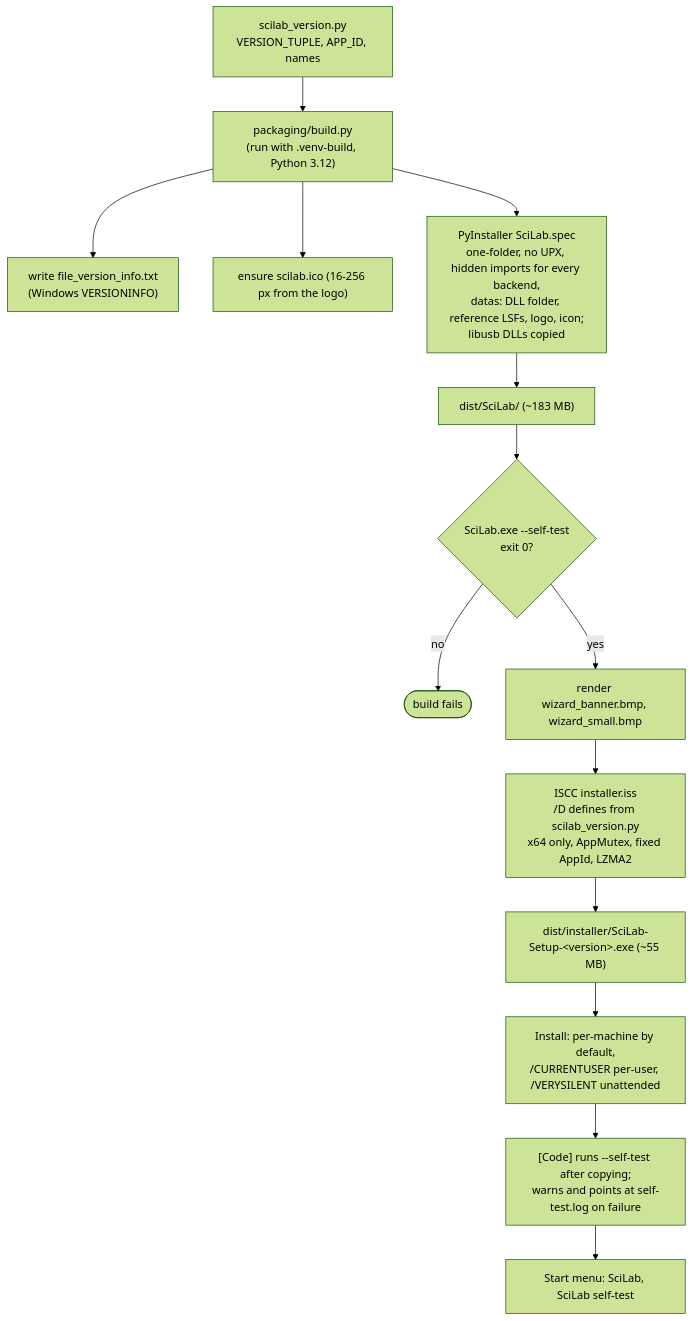
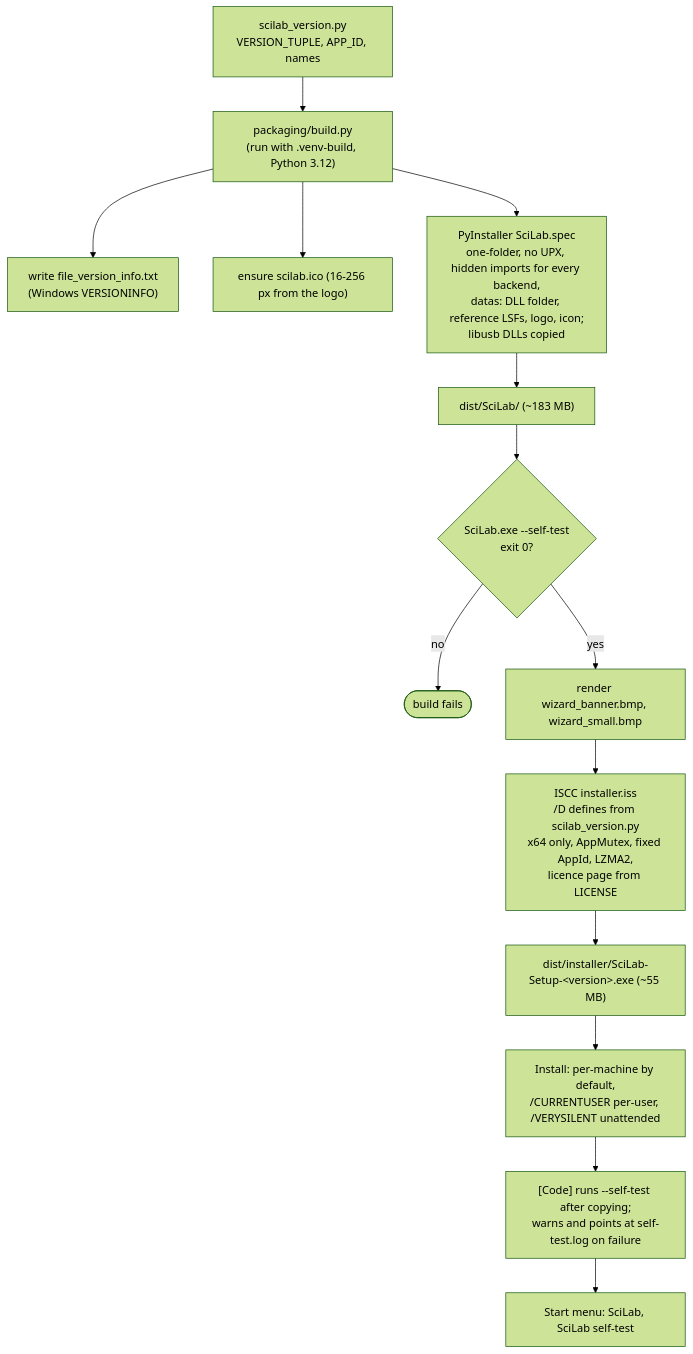
Before and after one commit to ashutoshjoshi1/SciLab-V3.4: diagram 18 of 18 in docs/design-document.md, drawn with Mermaid (forest theme). The commit also changed 7 other files, not shown here.

````diff
--- a/docs/design-document.md
+++ b/docs/design-document.md
@@ -893,16 +893,16 @@
 ```mermaid
 flowchart TD
     ver["scilab_version.py<br/>VERSION_TUPLE, APP_ID, names"] --> build["packaging/build.py<br/>(run with .venv-build, Python 3.12)"]
     build --> res["write file_version_info.txt<br/>(Windows VERSIONINFO)"]
     build --> icon["ensure scilab.ico (16-256 px from the logo)"]
     build --> pyi["PyInstaller SciLab.spec<br/>one-folder, no UPX, hidden imports for every backend,<br/>datas: DLL folder, reference LSFs, logo, icon;<br/>libusb DLLs copied"]
     pyi --> dist["dist/SciLab/ (~183 MB)"]
     dist --> selftest{"SciLab.exe --self-test<br/>exit 0?"}
     selftest -->|no| stop(["build fails"])
     selftest -->|yes| bmp["render wizard_banner.bmp, wizard_small.bmp"]
-    bmp --> iscc["ISCC installer.iss<br/>/D defines from scilab_version.py<br/>x64 only, AppMutex, fixed AppId, LZMA2"]
+    bmp --> iscc["ISCC installer.iss<br/>/D defines from scilab_version.py<br/>x64 only, AppMutex, fixed AppId, LZMA2,<br/>licence page from LICENSE"]
     iscc --> setup["dist/installer/SciLab-Setup-&lt;version&gt;.exe (~55 MB)"]
     setup --> install["Install: per-machine by default,<br/>/CURRENTUSER per-user, /VERYSILENT unattended"]
     install --> post["[Code] runs --self-test after copying;<br/>warns and points at self-test.log on failure"]
     post --> menu["Start menu: SciLab, SciLab self-test"]
 ```
````
